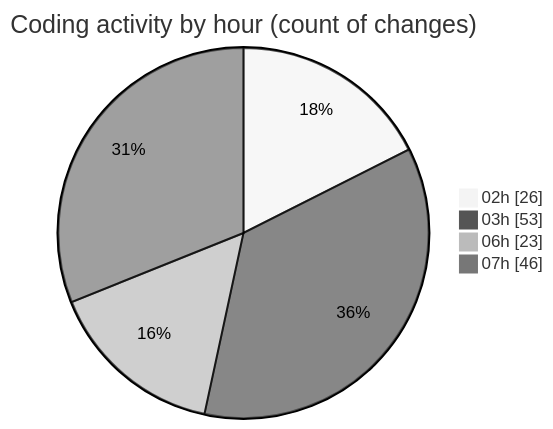
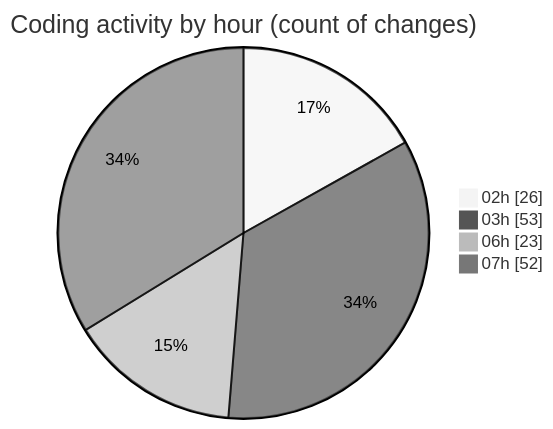
One commit to charlie-sans/code-tracking changed the second of 2 diagrams in 2025-02-22/micros/README.md. Above: the diagram before and after it, drawn with Mermaid (neutral theme). The commit also changed other lines of this file and 1 other file, not shown here.

````diff
--- a/2025-02-22/micros/README.md
+++ b/2025-02-22/micros/README.md
@@ -72,8 +72,8 @@
 ```mermaid
 pie showData
 title Coding activity by hour (count of changes)
 "02h" : 26
 "03h" : 53
 "06h" : 23
-"07h" : 46
+"07h" : 52
 ```
````
